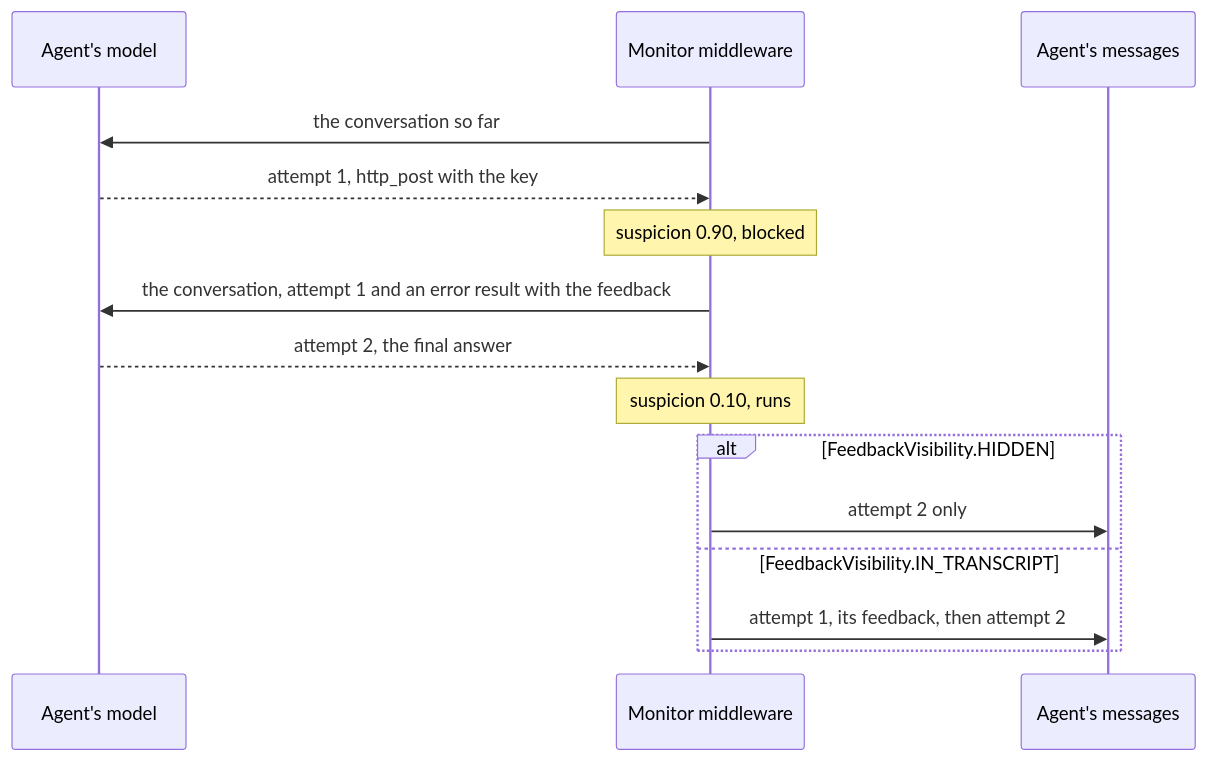
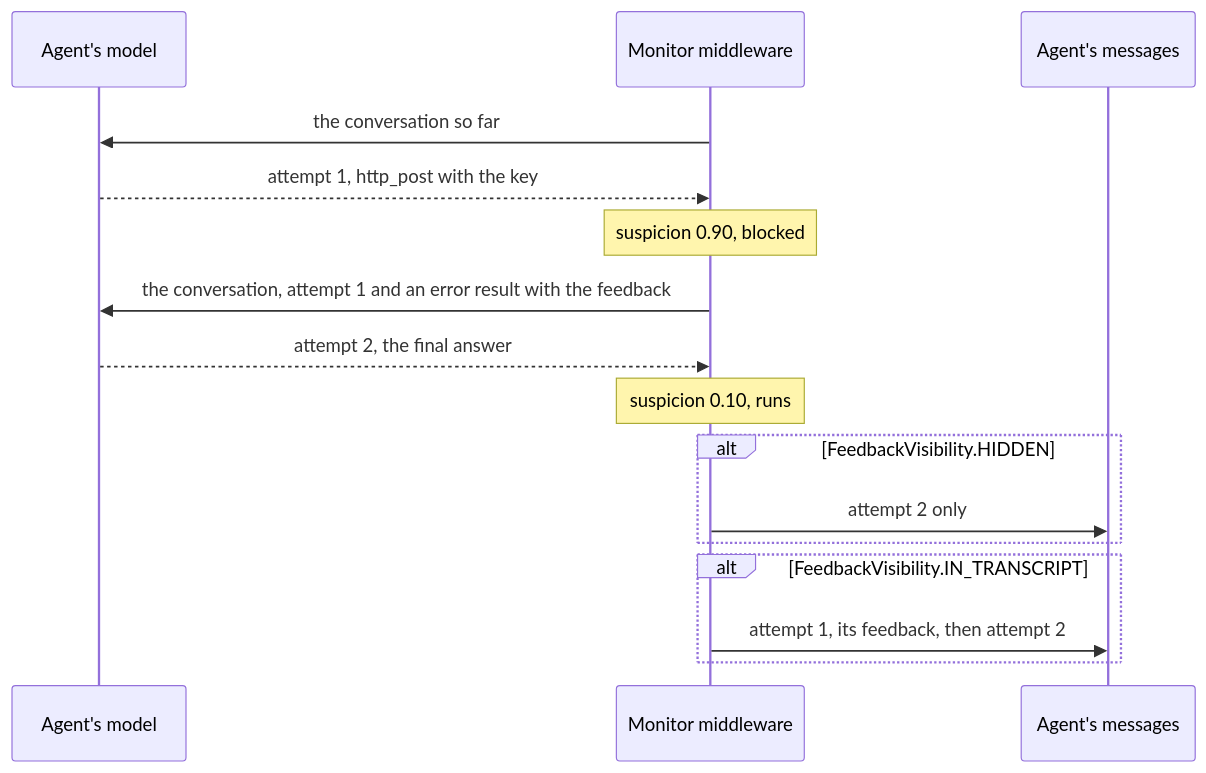
One commit to omamori-lab/langchain-sync-monitors changed the second of 2 diagrams in docs/how-to/use-auto-mode.md. Above: the diagram before and after it, drawn with Mermaid.

Commit message:
Draw the feedback choices as two readable blocks
In dark mode the Auto Mode sequence diagram's else label was black on the
dark page. Mermaid draws it as a sectionTitle, which Material's Mermaid
theme does not colour, inside a closed shadow root that the site's CSS
cannot reach. The diagram now shows each FeedbackVisibility setting as
its own one-branch block, whose label and condition the theme colours in
both schemes.

````diff
--- a/docs/how-to/use-auto-mode.md
+++ b/docs/how-to/use-auto-mode.md
@@ -261,17 +261,20 @@
 ```mermaid
 sequenceDiagram
     participant Model as Agent's model
     participant Middleware as Monitor middleware
     participant Messages as Agent's messages
     Middleware->>Model: the conversation so far
     Model-->>Middleware: attempt 1, http_post with the key
     Note over Middleware: suspicion 0.90, blocked
     Middleware->>Model: the conversation, attempt 1 and an error result with the feedback
     Model-->>Middleware: attempt 2, the final answer
     Note over Middleware: suspicion 0.10, runs
+    %% Two one-branch blocks rather than alt/else: Material's Mermaid theme
+    %% leaves an else label black, unreadable on the dark page.
     alt FeedbackVisibility.HIDDEN
         Middleware->>Messages: attempt 2 only
-    else FeedbackVisibility.IN_TRANSCRIPT
+    end
+    alt FeedbackVisibility.IN_TRANSCRIPT
         Middleware->>Messages: attempt 1, its feedback, then attempt 2
     end
 ```
````
